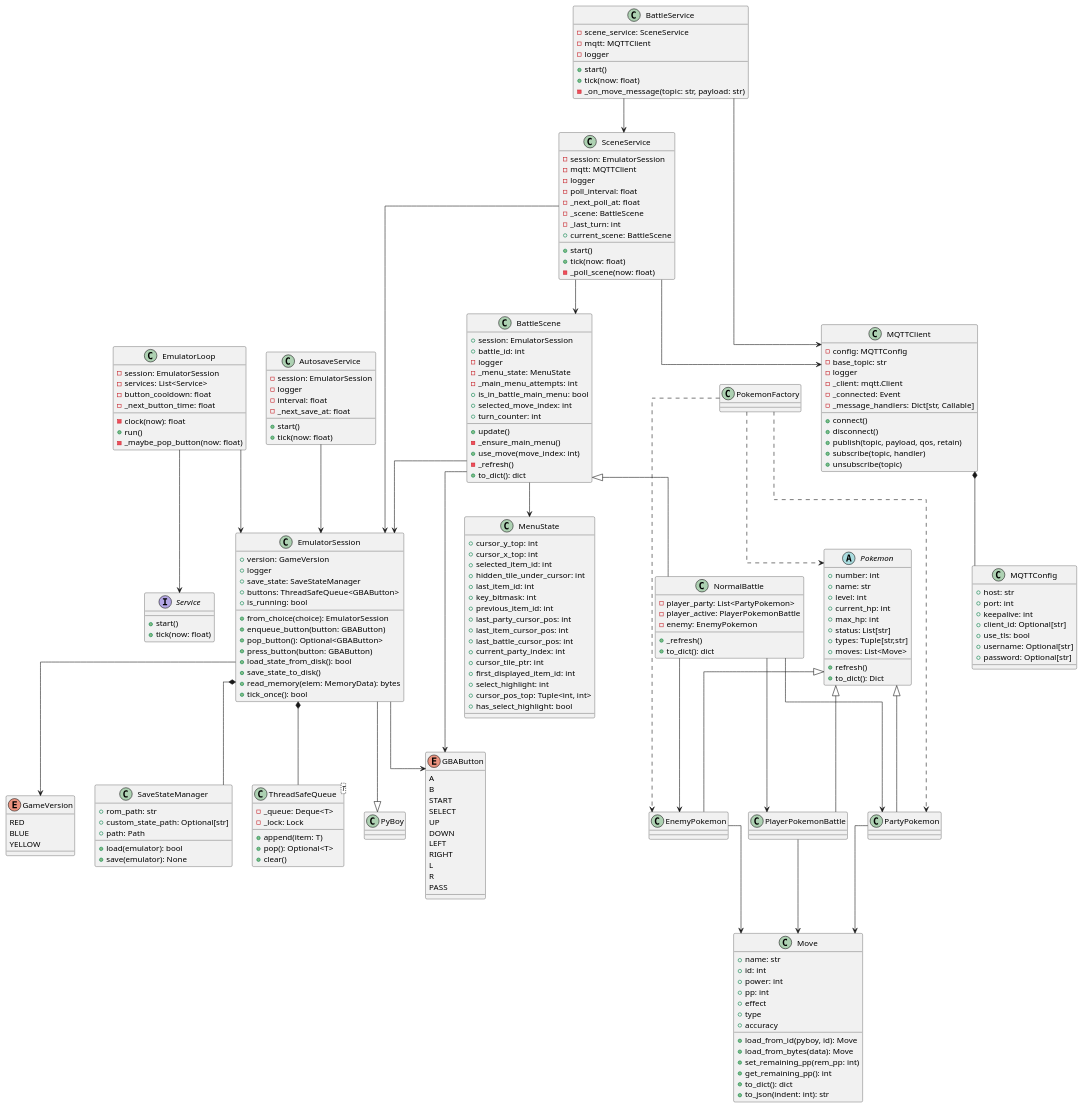
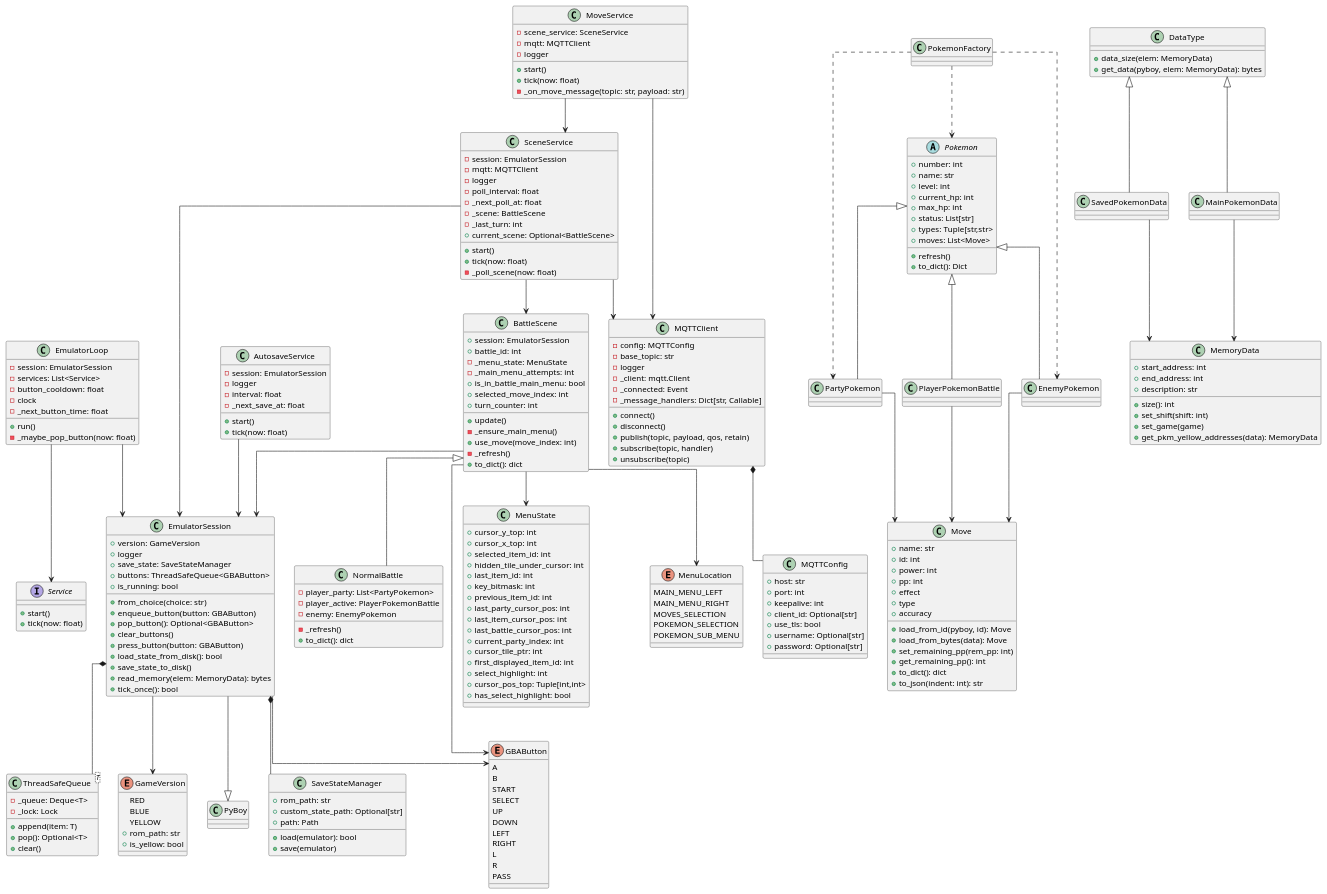
The diagram in doc/class.puml (irdof321/pokemon-yellow-bot), drawn with PlantUML before and after one commit. The commit also changed 13 other files, not shown here.

```diff
--- a/doc/class.puml
+++ b/doc/class.puml
@@ -1,45 +1,20 @@
-@startuml
+@startuml bot
 skinparam linetype ortho
 
+' --- Core / loop ---
 interface Service {
   +start()
   +tick(now: float)
 }
 
-enum GameVersion {
-  RED
-  BLUE
-  YELLOW
-}
-
-enum GBAButton {
-  A
-  B
-  START
-  SELECT
-  UP
-  DOWN
-  LEFT
-  RIGHT
-  L
-  R
-  PASS
-}
-
-class SaveStateManager {
-  +rom_path: str
-  +custom_state_path: Optional[str]
-  +path: Path
-  +load(emulator): bool
-  +save(emulator): None
-}
-
-class "ThreadSafeQueue<T>" as ThreadSafeQueue {
-  -_queue: Deque<T>
-  -_lock: Lock
-  +append(item: T)
-  +pop(): Optional<T>
-  +clear()
+class EmulatorLoop {
+  -session: EmulatorSession
+  -services: List<Service>
+  -button_cooldown: float
+  -clock
+  -_next_button_time: float
+  +run()
+  -_maybe_pop_button(now: float)
 }
 
 class EmulatorSession {
@@ -48,9 +23,10 @@
   +save_state: SaveStateManager
   +buttons: ThreadSafeQueue<GBAButton>
   +is_running: bool
-  +from_choice(choice): EmulatorSession
+  +from_choice(choice: str)
   +enqueue_button(button: GBAButton)
   +pop_button(): Optional<GBAButton>
+  +clear_buttons()
   +press_button(button: GBAButton)
   +load_state_from_disk(): bool
   +save_state_to_disk()
@@ -58,25 +34,39 @@
   +tick_once(): bool
 }
 
+class SaveStateManager {
+  +rom_path: str
+  +custom_state_path: Optional[str]
+  +path: Path
+  +load(emulator): bool
+  +save(emulator)
+}
+
+class ThreadSafeQueue<T> {
+  -_queue: Deque<T>
+  -_lock: Lock
+  +append(item: T)
+  +pop(): Optional<T>
+  +clear()
+}
+
+enum GameVersion {
+  RED
+  BLUE
+  YELLOW
+  +rom_path: str
+  +is_yellow: bool
+}
+
 EmulatorSession --|> PyBoy
 EmulatorSession *-- SaveStateManager
 EmulatorSession *-- ThreadSafeQueue
 EmulatorSession --> GameVersion
 EmulatorSession --> GBAButton
-
-class EmulatorLoop {
-  -session: EmulatorSession
-  -services: List<Service>
-  -button_cooldown: float
-  -clock(now): float
-  -_next_button_time: float
-  +run()
-  -_maybe_pop_button(now: float)
-}
-
 EmulatorLoop --> EmulatorSession
 EmulatorLoop --> Service
 
+' --- Services ---
 class AutosaveService {
   -session: EmulatorSession
   -logger
@@ -86,8 +76,37 @@
   +tick(now: float)
 }
 
+class SceneService {
+  -session: EmulatorSession
+  -mqtt: MQTTClient
+  -logger
+  -poll_interval: float
+  -_next_poll_at: float
+  -_scene: BattleScene
+  -_last_turn: int
+  +start()
+  +tick(now: float)
+  -_poll_scene(now: float)
+  +current_scene: Optional<BattleScene>
+}
+
+class MoveService {
+  -scene_service: SceneService
+  -mqtt: MQTTClient
+  -logger
+  +start()
+  +tick(now: float)
+  -_on_move_message(topic: str, payload: str)
+}
+
 AutosaveService --> EmulatorSession
+SceneService --> EmulatorSession
+SceneService --> MQTTClient
+SceneService --> BattleScene
+MoveService --> SceneService
+MoveService --> MQTTClient
 
+' --- MQTT ---
 class MQTTConfig {
   +host: str
   +port: int
@@ -114,40 +133,18 @@
 
 MQTTClient *-- MQTTConfig
 
-class SceneService {
-  -session: EmulatorSession
-  -mqtt: MQTTClient
-  -logger
-  -poll_interval: float
-  -_next_poll_at: float
-  -_scene: BattleScene
-  -_last_turn: int
-  +start()
-  +tick(now: float)
-  -_poll_scene(now: float)
-  +current_scene: BattleScene
+' --- Battle / scene ---
+enum MenuLocation {
+  MAIN_MENU_LEFT
+  MAIN_MENU_RIGHT
+  MOVES_SELECTION
+  POKEMON_SELECTION
+  POKEMON_SUB_MENU
 }
-
-SceneService --> EmulatorSession
-SceneService --> MQTTClient
-SceneService --> BattleScene
-
-class BattleService {
-  -scene_service: SceneService
-  -mqtt: MQTTClient
-  -logger
-  +start()
-  +tick(now: float)
-  -_on_move_message(topic: str, payload: str)
-}
-
-BattleService --> SceneService
-BattleService --> MQTTClient
 
 class BattleScene {
   +session: EmulatorSession
   +battle_id: int
-  -logger
   -_menu_state: MenuState
   -_main_menu_attempts: int
   +update()
@@ -164,18 +161,17 @@
   -player_party: List<PartyPokemon>
   -player_active: PlayerPokemonBattle
   -enemy: EnemyPokemon
-  +_refresh()
+  -_refresh()
   +to_dict(): dict
 }
 
 BattleScene <|-- NormalBattle
 BattleScene --> EmulatorSession
 BattleScene --> MenuState
+BattleScene --> MenuLocation
 BattleScene --> GBAButton
-NormalBattle --> PartyPokemon
-NormalBattle --> PlayerPokemonBattle
-NormalBattle --> EnemyPokemon
 
+' --- Menu state ---
 class MenuState {
   +cursor_y_top: int
   +cursor_x_top: int
@@ -191,10 +187,11 @@
   +cursor_tile_ptr: int
   +first_displayed_item_id: int
   +select_highlight: int
-  +cursor_pos_top: Tuple<int, int>
+  +cursor_pos_top: Tuple[int,int>
   +has_select_highlight: bool
 }
 
+' --- Moves / Pokemon ---
 class Move {
   +name: str
   +id: int
@@ -218,7 +215,7 @@
   +current_hp: int
   +max_hp: int
   +status: List[str]
-  +types: Tuple[str,str]
+  +types: Tuple[str,str>
   +moves: List<Move>
   +refresh()
   +to_dict(): Dict
@@ -239,4 +236,43 @@
 PokemonFactory ..> PartyPokemon
 PokemonFactory ..> Pokemon
 
+' --- Memory data model ---
+class MemoryData {
+  +start_address: int
+  +end_address: int
+  +description: str
+  +size(): int
+  +set_shift(shift: int)
+  +set_game(game)
+  +get_pkm_yellow_addresses(data): MemoryData
+}
+
+class DataType {
+  +data_size(elem: MemoryData)
+  +get_data(pyboy, elem: MemoryData): bytes
+}
+
+class SavedPokemonData
+class MainPokemonData
+
+DataType <|-- SavedPokemonData
+DataType <|-- MainPokemonData
+SavedPokemonData --> MemoryData
+MainPokemonData --> MemoryData
+
+' --- Inputs ---
+enum GBAButton {
+  A
+  B
+  START
+  SELECT
+  UP
+  DOWN
+  LEFT
+  RIGHT
+  L
+  R
+  PASS
+}
+
 @enduml
```
